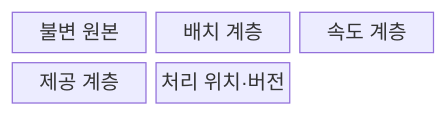
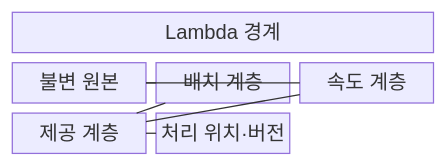
The first of 2 diagrams in src/content/docs/notes/03-software/118_lambda_architecture.md (agnusdei1207/knowledge-base), drawn with Mermaid before and after one commit. The commit also changed other lines of this file and 20 other files, not shown here.

````diff
--- a/src/content/docs/notes/03-software/118_lambda_architecture.md
+++ b/src/content/docs/notes/03-software/118_lambda_architecture.md
@@ -54,9 +53,15 @@
 ```mermaid
-block-beta
+block
   columns 3
+  A["Lambda 경계"]:3
   I["불변 원본"]
   B["배치 계층"]
   S["속도 계층"]
   V["제공 계층"]
   P["처리 위치·버전"]
+  I --- B
+  I --- S
+  B --- V
+  S --- V
+  V --- P
 ```
````
